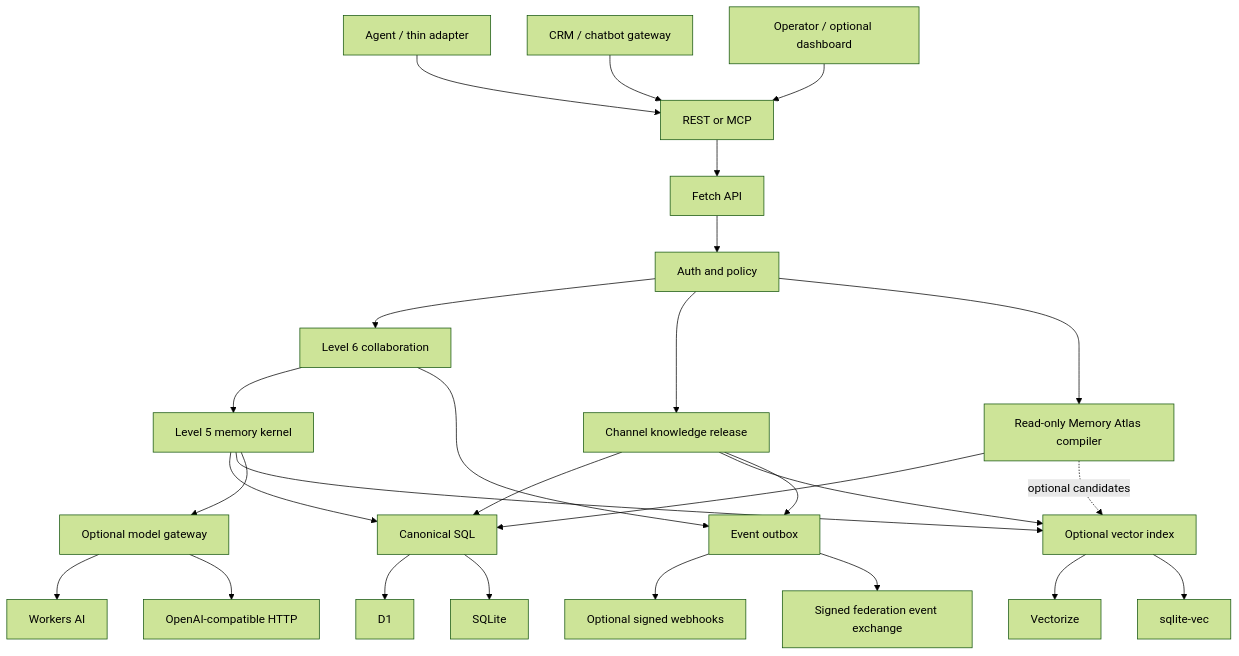
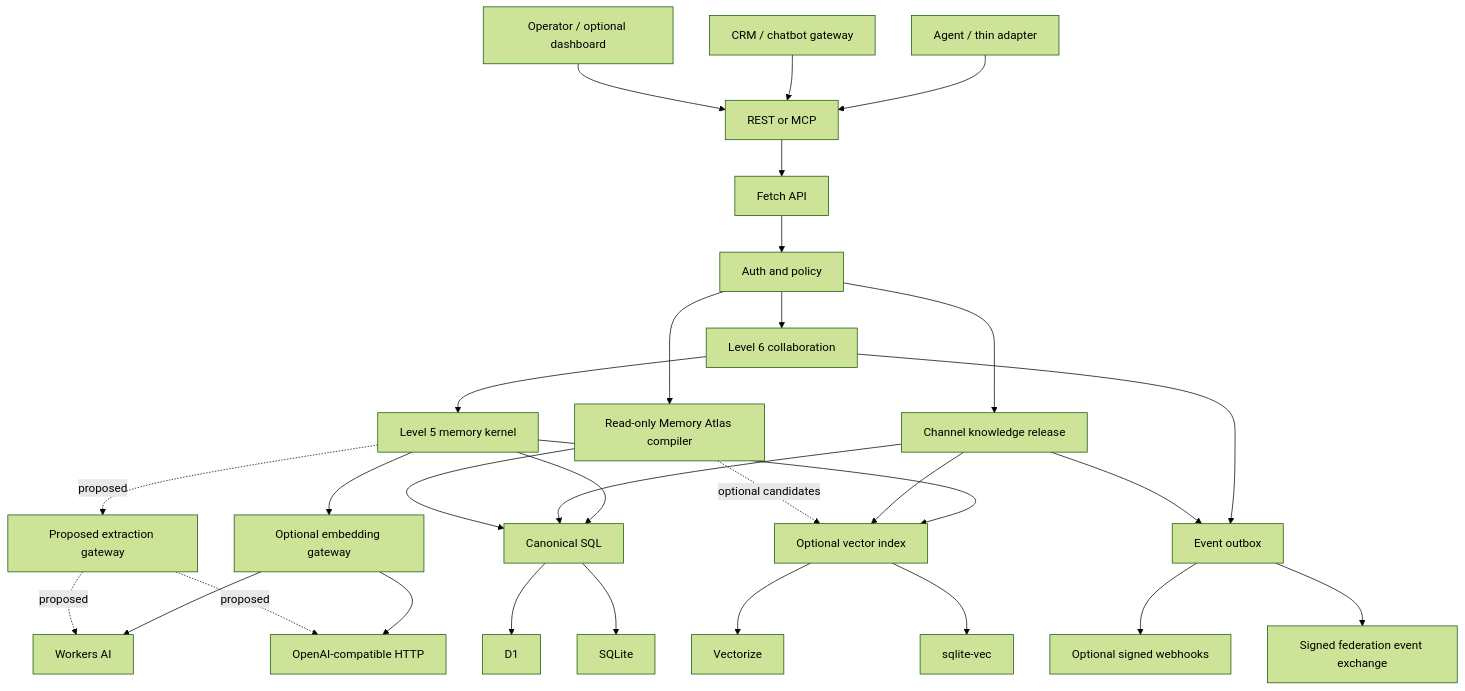
The diagram in docs/architecture/overview.md (RamaAditya49/titen), drawn with Mermaid (forest theme) before and after one commit. The commit also changed other lines of this file and 21 other files, not shown here.

````diff
--- a/docs/architecture/overview.md
+++ b/docs/architecture/overview.md
@@ -22,30 +24,33 @@
 ```mermaid
 flowchart TB
     A[Agent / thin adapter] --> X[REST or MCP]
     G[CRM / chatbot gateway] --> X
     O[Operator / optional dashboard] --> X
     X --> H[Fetch API]
     H --> P[Auth and policy]
     P --> C[Level 6 collaboration]
     P --> R[Channel knowledge release]
     P --> MV[Read-only Memory Atlas compiler]
     C --> K[Level 5 memory kernel]
     K --> S[Canonical SQL]
     K --> I[Optional vector index]
-    K --> M[Optional model gateway]
+    K --> EM[Optional embedding gateway]
+    K -. proposed .-> XM[Proposed extraction gateway]
     C --> E[Event outbox]
     R --> S
     R --> I
     R --> E
     MV --> S
     MV -. optional candidates .-> I
 
     S --> D1[D1]
     S --> SQ[SQLite]
     I --> V[Vectorize]
     I --> SV[sqlite-vec]
-    M --> WAI[Workers AI]
-    M --> OAI[OpenAI-compatible HTTP]
+    EM --> WAI[Workers AI]
+    EM --> OAI[OpenAI-compatible HTTP]
+    XM -. proposed .-> WAI
+    XM -. proposed .-> OAI
     E --> W[Optional signed webhooks]
     E --> F[Signed federation event exchange]
 ```
````
